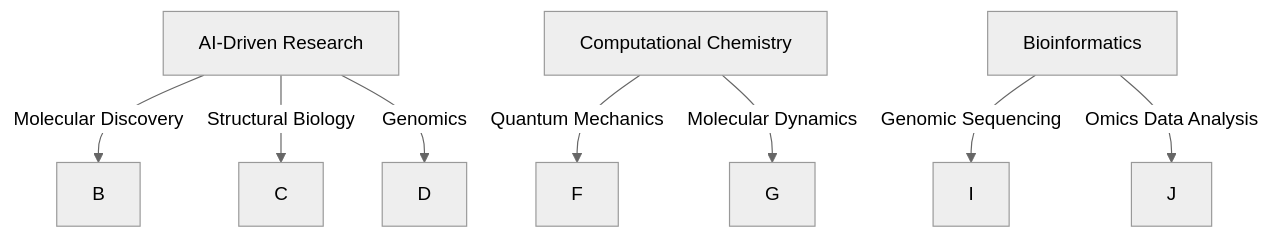
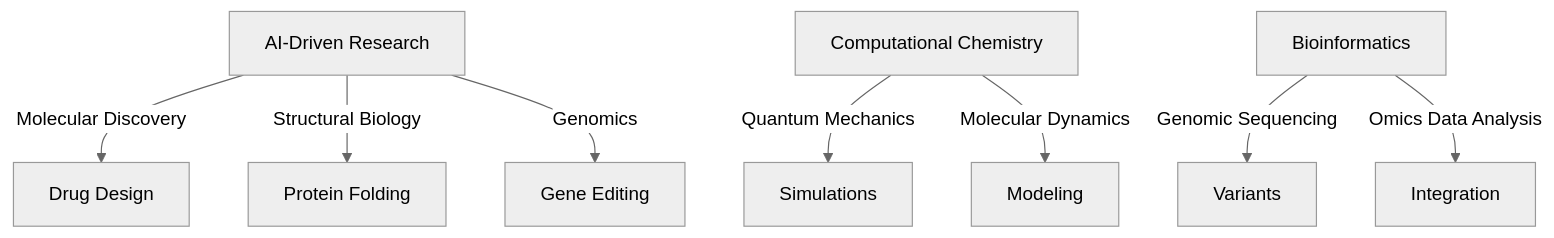
The third of 3 diagrams in home.md (shilpa-acog/blog), drawn with Mermaid (neutral theme) before and after one commit. The commit also changed other lines of this file, not shown here.

Commit message:
docs: update home

````diff
--- a/home.md
+++ b/home.md
@@ -76,10 +75,12 @@
 ```mermaid
 graph TD;
-  A[AI-Driven Research] -->|Molecular Discovery| B
-  A -->|Structural Biology| C
-  A -->|Genomics| D
-  E[Computational Chemistry] -->|Quantum Mechanics| F
-  E -->|Molecular Dynamics| G
-  H[Bioinformatics] -->|Genomic Sequencing| I
-  H -->|Omics Data Analysis| J
-  ```
+  A[AI-Driven Research] -->|Molecular Discovery| B[Drug Design]
+  A -->|Structural Biology| C[Protein Folding]
+  A -->|Genomics| D[Gene Editing]
+  
+  E[Computational Chemistry] -->|Quantum Mechanics| F[Simulations]
+  E -->|Molecular Dynamics| G[Modeling]
+  
+  H[Bioinformatics] -->|Genomic Sequencing| I[Variants]
+  H -->|Omics Data Analysis| J[Integration]
+```
````
